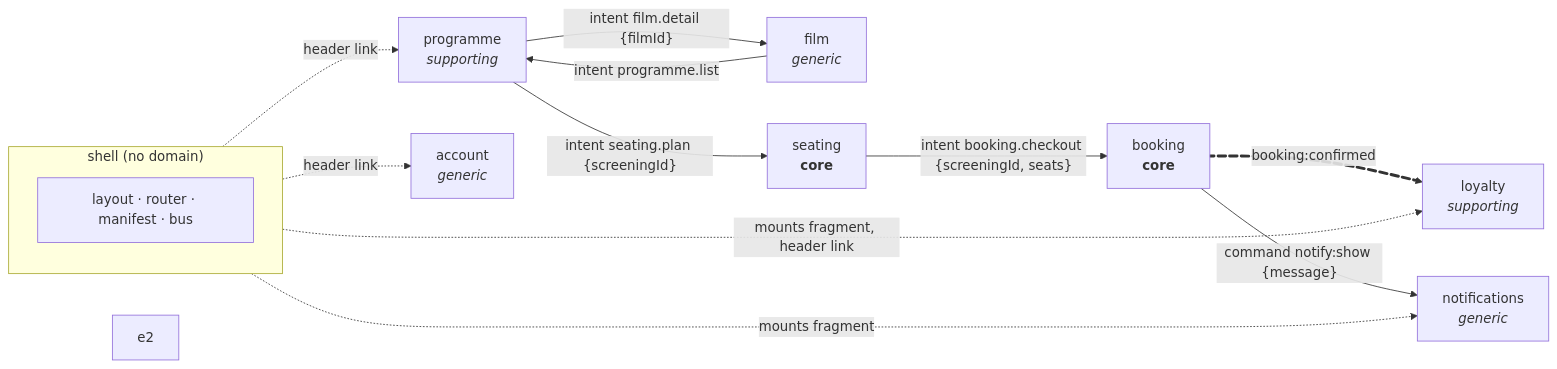
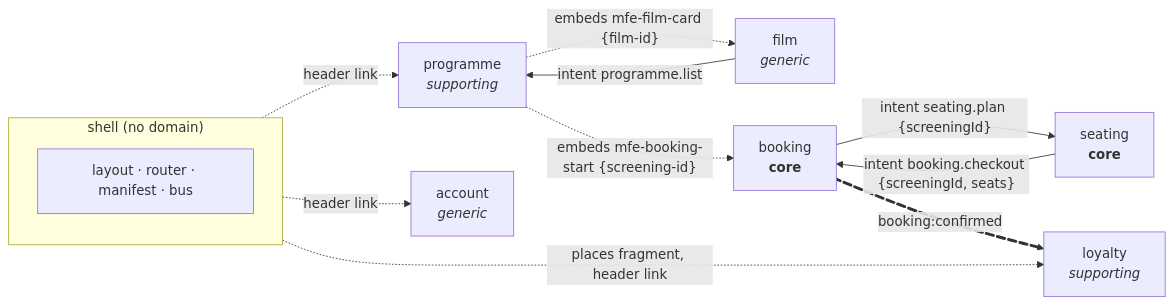
Before and after one commit to native-federation/playground: the diagram in angular/cinema/docs/domain.md, drawn with Mermaid. The commit also changed other lines of this file and 95 other files, not shown here.

First line of the commit message:
refactor(cinema): reslice around film cards and the booking start fragment

````diff
--- a/angular/cinema/docs/domain.md
+++ b/angular/cinema/docs/domain.md
@@ -107,30 +105,27 @@
 ```mermaid
 flowchart LR
     subgraph Shell["shell (no domain)"]
         direction TB
         SH["layout · router · manifest · bus"]
     end
 
     PROG["programme<br/><i>supporting</i>"]
     FILM["film<br/><i>generic</i>"]
     SEAT["seating<br/><b>core</b>"]
     BOOK["booking<br/><b>core</b>"]
     LOY["loyalty<br/><i>supporting</i>"]
-    NOTI["notifications<br/><i>generic</i>"]
     ACC["account<br/><i>generic</i>"]
 
-    PROG -- "intent film.detail {filmId}" --> FILM
-    PROG -- "intent seating.plan {screeningId}" --> SEAT
+    PROG -. "embeds mfe-film-card {film-id}" .-> FILM
+    PROG -. "embeds mfe-booking-start {screening-id}" .-> BOOK
     FILM -- "intent programme.list" --> PROG
+    BOOK -- "intent seating.plan {screeningId}" --> SEAT
     SEAT -- "intent booking.checkout {screeningId, seats}" --> BOOK
     BOOK e1@== "booking:confirmed" ==> LOY
-    BOOK -- "command notify:show {message}" --> NOTI
 
     Shell -. "header link" .-> PROG
-    Shell -. "mounts fragment, header link" .-> LOY
-    Shell -. "mounts fragment" .-> NOTI
+    Shell -. "places fragment, header link" .-> LOY
     Shell -. "header link" .-> ACC
 
     e1@{animate: true}
-    e2@{animate: true}
 ```
````
